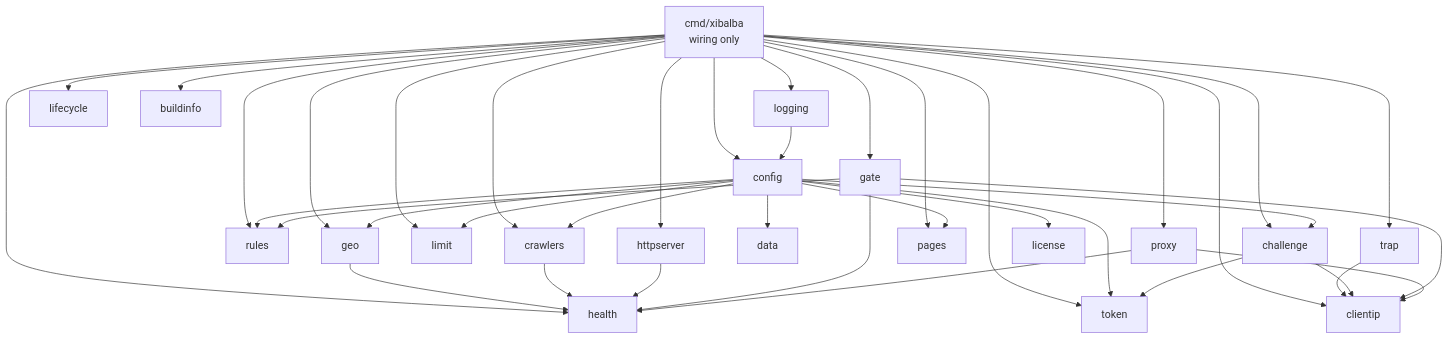
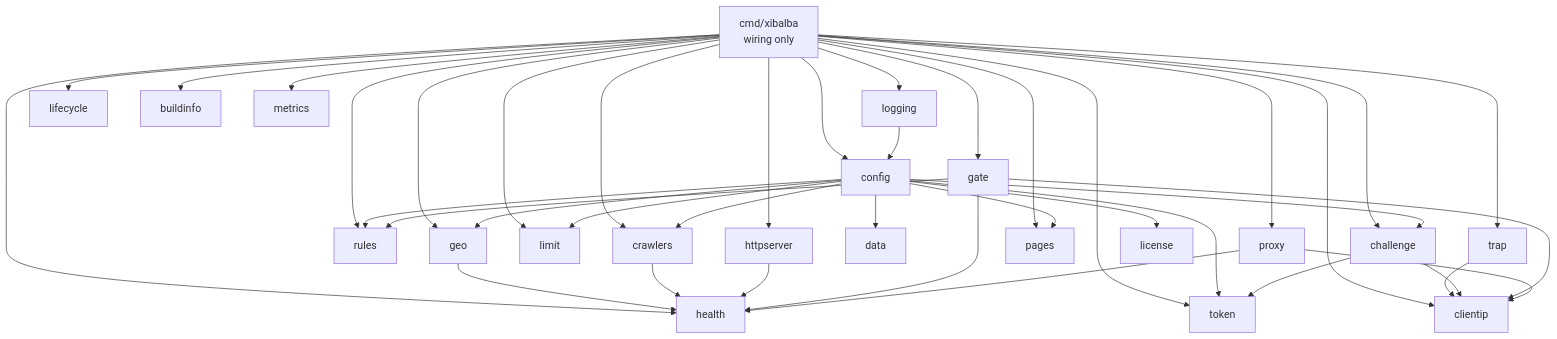
One commit to MaMoja/xibalba changed the first of 2 diagrams in docs/ARCHITECTURE.md. Above: the diagram before and after it, drawn with Mermaid. The commit also changed other lines of this file and 14 other files, not shown here.

````diff
--- a/docs/ARCHITECTURE.md
+++ b/docs/ARCHITECTURE.md
@@ -26,41 +26,42 @@
 ```mermaid
 flowchart TD
     main[cmd/xibalba<br>wiring only] --> config
     main --> logging
     main --> lifecycle
     main --> health
     main --> httpserver
     main --> buildinfo
     main --> clientip
     main --> rules
     main --> crawlers
     main --> limit
     main --> trap
+    main --> metrics
     main --> geo
     config --> geo
     geo --> health
     trap --> clientip
     config --> limit
     config --> crawlers
     config --> data
     crawlers --> health
     main --> token
     main --> challenge
     main --> gate
     main --> pages
     main --> proxy
     logging --> config
     config --> rules
     httpserver --> health
     config --> license
     config --> pages
     config --> challenge
     config --> token
     challenge --> token
     challenge --> clientip
     gate --> rules
     gate --> clientip
     gate --> health
     proxy --> health
     proxy --> clientip
 ```
````
